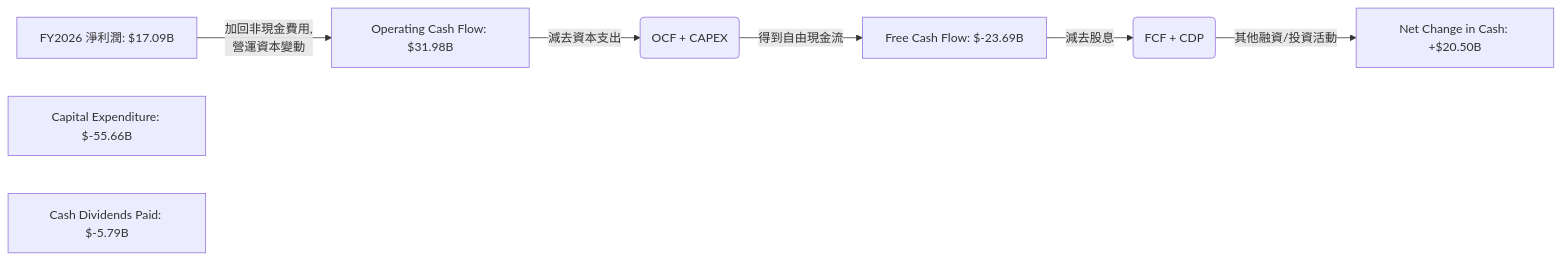
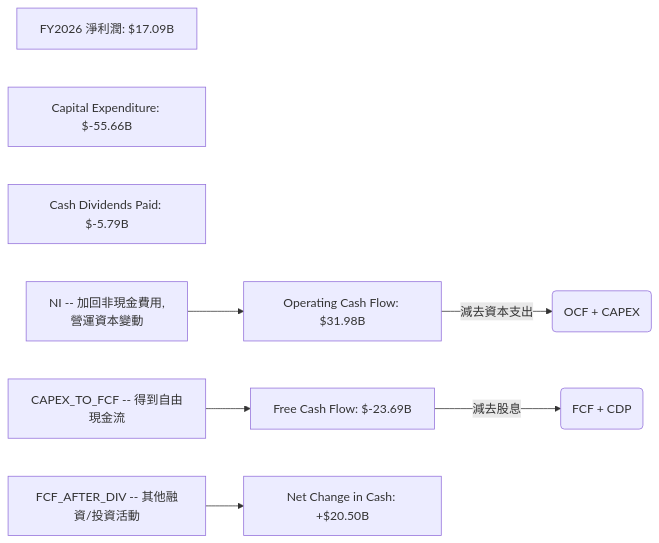
Before and after one commit to yennanliu/finance_data: the seventh of 14 diagrams in ai_gen_report/stock/orcl/fundamental_analysis_2026-06-27_gemini.md, drawn with Mermaid. The commit also changed 2258 other files, not shown here.

First line of the commit message:
chore: backfill Mermaid syntax repair across existing reports

````diff
--- a/ai_gen_report/stock/orcl/fundamental_analysis_2026-06-27_gemini.md
+++ b/ai_gen_report/stock/orcl/fundamental_analysis_2026-06-27_gemini.md
@@ -451,15 +451,15 @@
 ```mermaid
 graph LR
     NI["FY2026 淨利潤: $17.09B"]
     OCF["Operating Cash Flow: $31.98B"]
     CAPEX["Capital Expenditure: $-55.66B"]
     FCF["Free Cash Flow: $-23.69B"]
     CDP["Cash Dividends Paid: $-5.79B"]
     NC["Net Change in Cash: +$20.50B"]
 
-    NI -- "加回非現金費用,<br/>營運資本變動" --> OCF
-    OCF -- "減去資本支出" --> CAPEX_TO_FCF(OCF + CAPEX)
-    CAPEX_TO_FCF -- "得到自由現金流" --> FCF
-    FCF -- "減去股息" --> FCF_AFTER_DIV(FCF + CDP)
-    FCF_AFTER_DIV -- "其他融資/投資活動" --> NC
+    nb1["NI -- "加回非現金費用,<br/>營運資本變動""] --> OCF
+    OCF -- "減去資本支出" --> CAPEX_TO_FCF("OCF + CAPEX")
+    nb2["CAPEX_TO_FCF -- "得到自由現金流""] --> FCF
+    FCF -- "減去股息" --> FCF_AFTER_DIV("FCF + CDP")
+    nb3["FCF_AFTER_DIV -- "其他融資/投資活動""] --> NC
 ```
````
